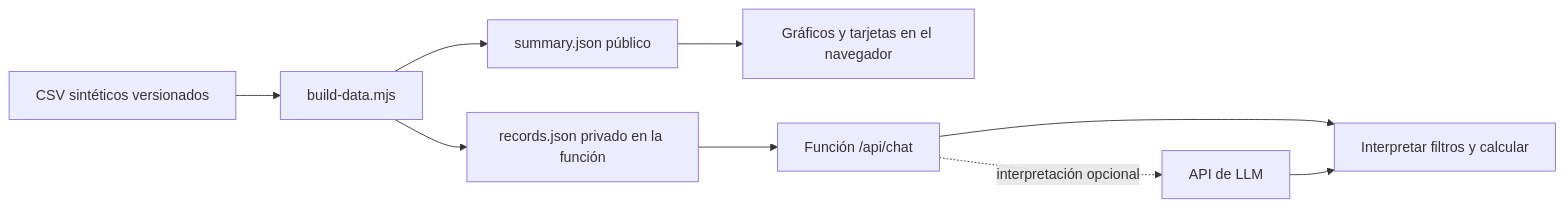
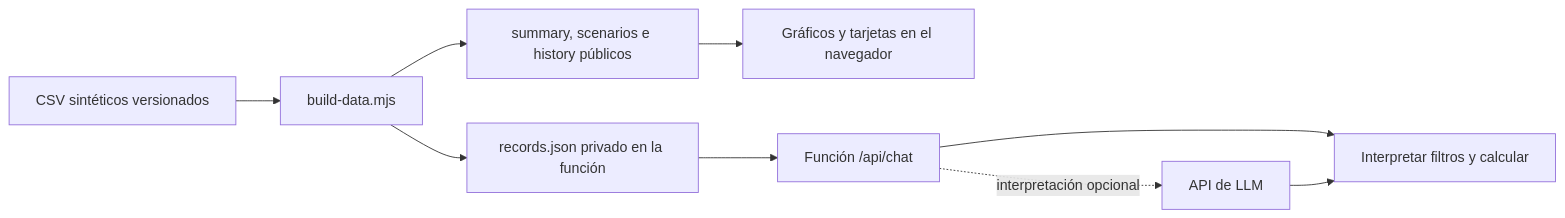
Before and after one commit to SouthClvbDev/portability-data-pipeline: the diagram in web/README.md, drawn with Mermaid. The commit also changed other lines of this file and 27 other files, not shown here.

````diff
--- a/web/README.md
+++ b/web/README.md
@@ -19,11 +19,11 @@
 ```mermaid
 flowchart LR
     A[CSV sintéticos versionados] --> B[build-data.mjs]
-    B --> C[summary.json público]
+    B --> C[summary, scenarios e history públicos]
     B --> R[records.json privado en la función]
     C --> D[Gráficos y tarjetas en el navegador]
     R --> E[Función /api/chat]
     E --> F[Interpretar filtros y calcular]
     E -. interpretación opcional .-> G[API de LLM]
     G --> F
 ```
````
